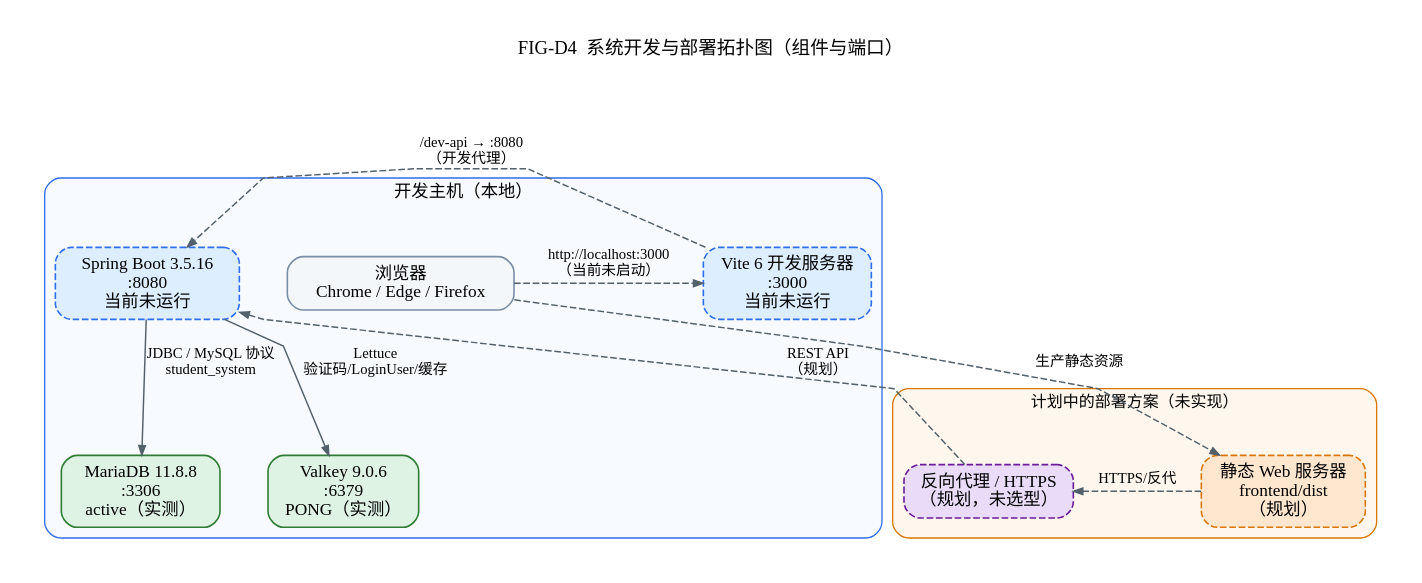
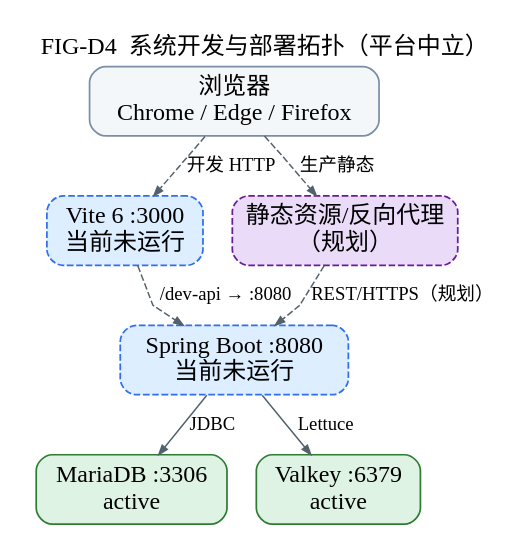
Before and after one commit to Creepppper/Student_System: the diagram in docs/design/experiment02/diagrams/source/FIG-D4-部署架构与运行环境.dot, drawn with Graphviz. The commit also changed 54 other files, not shown here.

```diff
--- a/docs/design/experiment02/diagrams/source/FIG-D4-部署架构与运行环境.dot
+++ b/docs/design/experiment02/diagrams/source/FIG-D4-部署架构与运行环境.dot
@@ -1,33 +1,20 @@
 digraph D4 {
-  graph [rankdir=TB, newrank=true, splines=polyline, nodesep=0.5, ranksep=0.55, pad=0.25,
-         bgcolor="#FFFFFF", fontname="SimHei", fontsize=14, labelloc="t",
-         label="FIG-D4  系统开发与部署拓扑图（组件与端口）"];
-  node [shape=box, style="rounded,filled", fontname="SimHei", fontsize=13, margin="0.16,0.08", penwidth=1.2];
-  edge [fontname="SimHei", fontsize=11, arrowsize=0.7, penwidth=1.1, color="#52616B"];
-
-  subgraph cluster_host {
-    label="开发主机（本地）"; fontsize=13; color="#2F6FED"; style="rounded"; bgcolor="#F7FAFF";
-    browser [label="浏览器\nChrome / Edge / Firefox", fillcolor="#F4F7FA", color="#7A8FA6"];
-    vite [label="Vite 6 开发服务器\n:3000\n当前未运行", fillcolor="#DCEEFF", color="#2F6FED", style="rounded,filled,dashed"];
-    spring [label="Spring Boot 3.5.16\n:8080\n当前未运行", fillcolor="#DCEEFF", color="#2F6FED", style="rounded,filled,dashed"];
-    mariadb [label="MariaDB 11.8.8\n:3306\nactive（实测）", fillcolor="#DFF3E4", color="#2E7D32"];
-    valkey [label="Valkey 9.0.6\n:6379\nPONG（实测）", fillcolor="#DFF3E4", color="#2E7D32"];
-  }
-  subgraph cluster_planned {
-    label="计划中的部署方案（未实现）"; fontsize=12; color="#D97706"; style="rounded"; bgcolor="#FFF7ED";
-    web [label="静态 Web 服务器\nfrontend/dist\n（规划）", fillcolor="#FFE7CF", color="#D97706", style="rounded,filled,dashed"];
-    reverse [label="反向代理 / HTTPS\n（规划，未选型）", fillcolor="#EADCF8", color="#6A1B9A", style="rounded,filled,dashed"];
-  }
-
-  browser -> vite [label="http://localhost:3000\n（当前未启动）", style=dashed];
-  vite -> spring [label="/dev-api → :8080\n（开发代理）", style=dashed];
-  spring -> mariadb [label="JDBC / MySQL 协议\nstudent_system"];
-  spring -> valkey [label="Lettuce\n验证码/LoginUser/缓存"];
-  browser -> web [label="生产静态资源", style=dashed];
-  web -> reverse [label="HTTPS/反代", style=dashed];
-  reverse -> spring [label="REST API\n（规划）", style=dashed];
-
-  { rank=same; browser; vite; spring; }
-  { rank=same; mariadb; valkey; }
-  { rank=same; web; reverse; }
+  graph [rankdir=TB, newrank=true, splines=polyline, nodesep=0.3, ranksep=0.4, pad=0.2,
+         bgcolor="#FFFFFF", fontname="SimHei", fontsize=18, labelloc="t",
+         label="FIG-D4  系统开发与部署拓扑（平台中立）"];
+  node [shape=box, style="rounded,filled", fontname="SimHei", fontsize=18, margin="0.12,0.08", penwidth=1.3];
+  edge [fontname="SimHei", fontsize=14, arrowsize=0.7, penwidth=1.1, color="#52616B"];
+  browser [label="浏览器\nChrome / Edge / Firefox", fillcolor="#F4F7FA", color="#7A8FA6"];
+  vite [label="Vite 6 :3000\n当前未运行", fillcolor="#DCEEFF", color="#2F6FED", style="rounded,filled,dashed"];
+  spring [label="Spring Boot :8080\n当前未运行", fillcolor="#DCEEFF", color="#2F6FED", style="rounded,filled,dashed"];
+  db [label="MariaDB :3306\nactive", fillcolor="#DFF3E4", color="#2E7D32"];
+  valkey [label="Valkey :6379\nactive", fillcolor="#DFF3E4", color="#2E7D32"];
+  web [label="静态资源/反向代理\n（规划）", fillcolor="#EADCF8", color="#6A1B9A", style="rounded,filled,dashed"];
+  browser -> vite [label="开发 HTTP", style=dashed];
+  vite -> spring [label="/dev-api → :8080", style=dashed];
+  spring -> db [label="JDBC"];
+  spring -> valkey [label="Lettuce"];
+  browser -> web [label="生产静态", style=dashed];
+  web -> spring [label="REST/HTTPS（规划）", style=dashed];
+  { rank=same; db; valkey; }
 }
```
